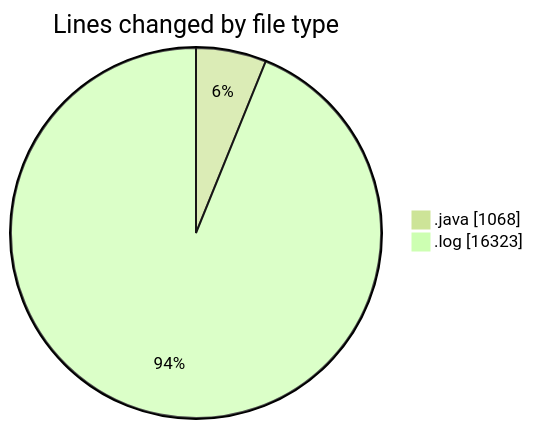
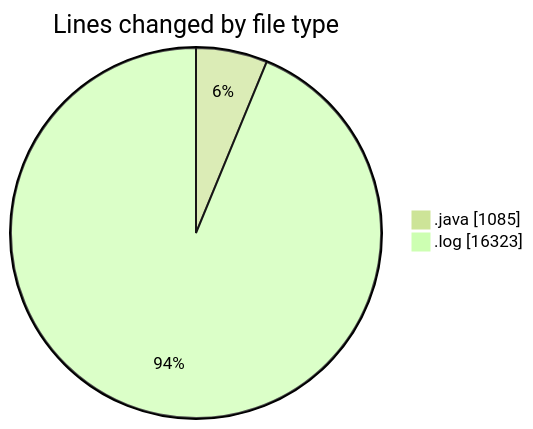
One commit to ricardozamudiocil/code-tracking changed the first of 2 diagrams in 2026-04-07/cilapp/README.md. Above: the diagram before and after it, drawn with Mermaid (forest theme). The commit also changed other lines of this file and 1 other file, not shown here.

````diff
--- a/2026-04-07/cilapp/README.md
+++ b/2026-04-07/cilapp/README.md
@@ -23,6 +24,6 @@
 ```mermaid
 pie showData
 title Lines changed by file type
-".java" : 1068
+".java" : 1085
 ".log" : 16323
 ```
````
